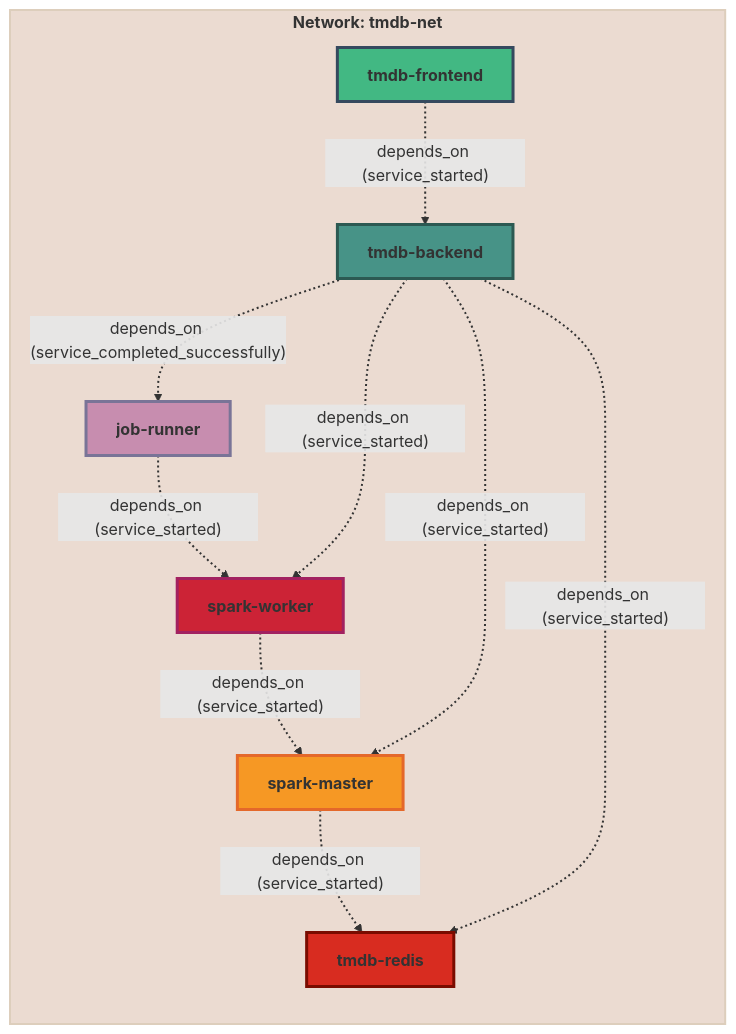
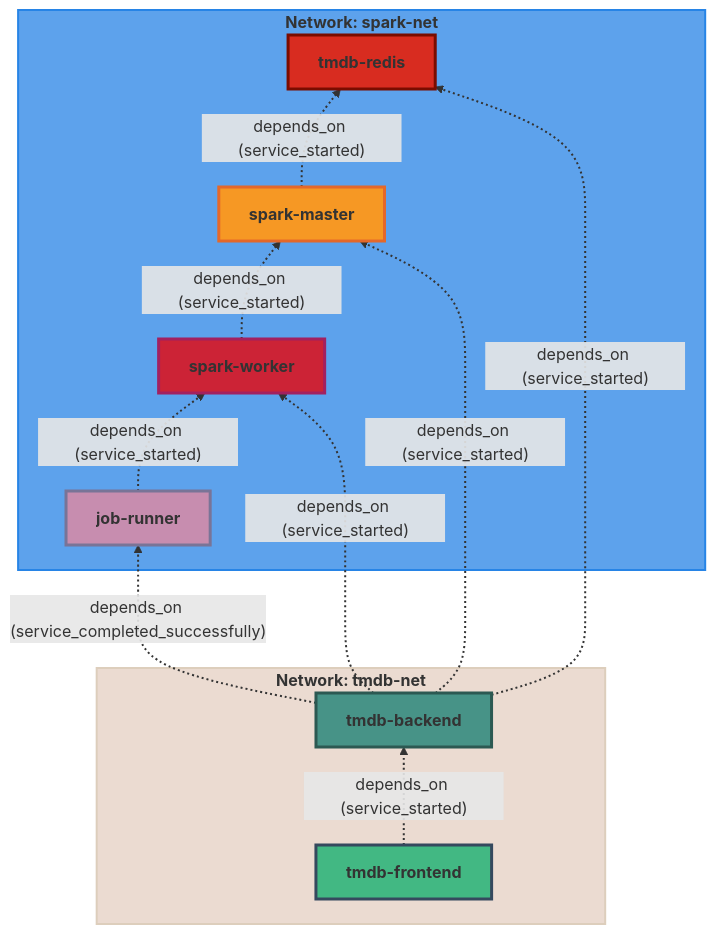
One commit to mbofos01/tmdb-spark-recommendation-extension changed the diagram in README.md. Above: the diagram before and after it, drawn with Mermaid. The commit also changed other lines of this file and 1 other file, not shown here.

Commit message:
Add spark-net network and update service configurations
Introduces a new 'spark-net' Docker network for Spark-related services and updates service network assignments accordingly. The README and docker-compose.yaml are updated to reflect these changes, including instructions for scaling spark-worker instances and improved network visualization.

````diff
--- a/README.md
+++ b/README.md
@@ -5,44 +5,48 @@
 ```mermaid
     %%{init: {"theme": "default", "themeVariables": {"background":"#ffffff"}}}%%
     graph BT
-      subgraph Network_tmdb-net[<b>Network: tmdb-net</b>]
+      subgraph Network_spark-net[<b>Network: spark-net</b>]
         tmdb-redis["<b>tmdb-redis</b>"]
         spark-master["<b>spark-master</b>"]
         spark-worker["<b>spark-worker</b>"]
         job-runner["<b>job-runner</b>"]
+      end
+      style Network_spark-net fill:#5da2ec,stroke:#2784e6,stroke-width:2,stroke-dasharray:0
+      subgraph Network_tmdb-net[<b>Network: tmdb-net</b>]
+        tmdb-redis["<b>tmdb-redis</b>"]
         tmdb-backend["<b>tmdb-backend</b>"]
         tmdb-frontend["<b>tmdb-frontend</b>"]
       end
       style Network_tmdb-net fill:#EBDBD1,stroke:#DDCEBC,stroke-width:2,stroke-dasharray:0
       tmdb-redis["<b>tmdb-redis</b>"]
       spark-master["<b>spark-master</b>"]
       spark-worker["<b>spark-worker</b>"]
       job-runner["<b>job-runner</b>"]
       tmdb-backend["<b>tmdb-backend</b>"]
       tmdb-frontend["<b>tmdb-frontend</b>"]
       spark-master -- depends_on (service_started) --> tmdb-redis
       linkStyle 0 stroke-width:2,stroke-dasharray:2 3
       spark-worker -- depends_on (service_started) --> spark-master
       linkStyle 1 stroke-width:2,stroke-dasharray:2 3
       job-runner -- depends_on (service_started) --> spark-worker
       linkStyle 2 stroke-width:2,stroke-dasharray:2 3
       tmdb-backend -- depends_on (service_completed_successfully) --> job-runner
       linkStyle 3 stroke-width:2,stroke-dasharray:2 3
       tmdb-backend -- depends_on (service_started) --> spark-master
       linkStyle 4 stroke-width:2,stroke-dasharray:2 3
       tmdb-backend -- depends_on (service_started) --> spark-worker
       linkStyle 5 stroke-width:2,stroke-dasharray:2 3
       tmdb-backend -- depends_on (service_started) --> tmdb-redis
       linkStyle 6 stroke-width:2,stroke-dasharray:2 3
       tmdb-frontend -- depends_on (service_started) --> tmdb-backend
       linkStyle 7 stroke-width:2,stroke-dasharray:2 3
       style tmdb-redis fill:#D82C20,stroke:#7A0C00,stroke-width:3,stroke-dasharray:0
       style spark-master fill:#F69824,stroke:#E4682A,stroke-width:3,stroke-dasharray:0
       style spark-worker fill:#CC2336,stroke:#A22160,stroke-width:3,stroke-dasharray:0
       style job-runner fill:#C78DAF,stroke:#797497,stroke-width:3,stroke-dasharray:0
       style tmdb-backend fill:#479387,stroke:#2c5952,stroke-width:3,stroke-dasharray:0
       style tmdb-frontend fill:#42b883,stroke:#35495e,stroke-width:3,stroke-dasharray:0
 
 
 
 ```
````
